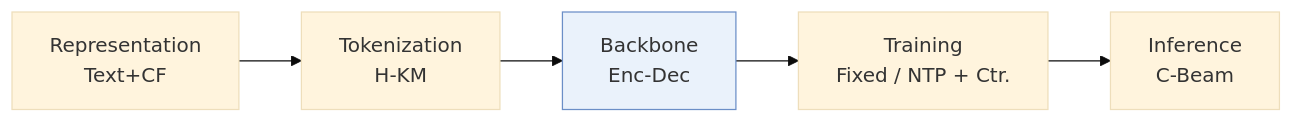
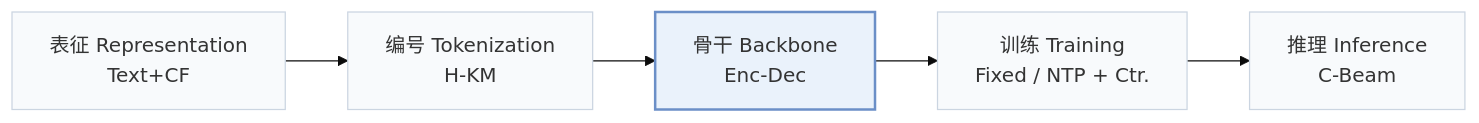
The first of 3 diagrams in pages/zh/papers/colarec.md (Galaxy-ghost/Awesome-SID-Generative-Rec), drawn with Mermaid (base theme) before and after one commit. The commit also changed other lines of this file and 649 other files, not shown here.

Commit message:
writer-05: also tags and modality index (schema, check, build, visuals); summary field removed; calibration data for 12 papers

````diff
--- a/pages/zh/papers/colarec.md
+++ b/pages/zh/papers/colarec.md
@@ -13,6 +15,8 @@
 ```mermaid
 flowchart LR
-    R["Representation<br/>Text+CF"] --> T["Tokenization<br/>H-KM"] --> B["Backbone<br/>Enc-Dec"] --> TR["Training<br/>Fixed / NTP + Ctr."] --> I["Inference<br/>C-Beam"]
-    classDef main fill:#eaf2fb,stroke:#6b8fc7
+    R["表征 Representation<br/>Text+CF"] --> T["编号 Tokenization<br/>H-KM"] --> B["骨干 Backbone<br/>Enc-Dec"] --> TR["训练 Training<br/>Fixed / NTP + Ctr."] --> I["推理 Inference<br/>C-Beam"]
+    classDef base fill:#f8fafc,stroke:#cbd5e1
+    class R,T,B,TR,I base
+    classDef main fill:#eaf2fb,stroke:#6b8fc7,stroke-width:2px
     class B main
 ```
````
